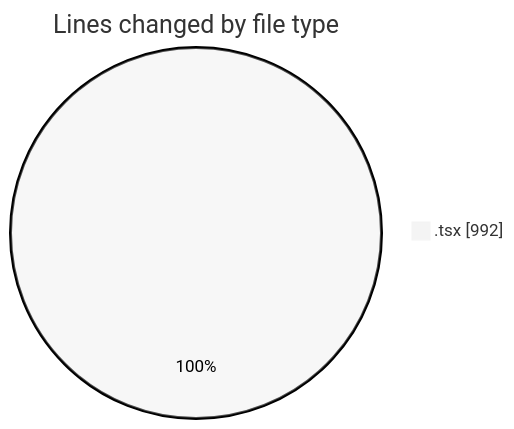
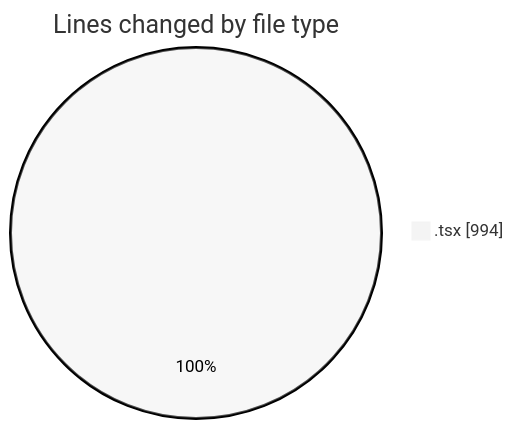
One commit to momahboobian/code-tracking changed the first of 2 diagrams in 2026-11-11/cda/README.md. Above: the diagram before and after it, drawn with Mermaid (neutral theme). The commit also changed other lines of this file and 1 other file, not shown here.

````diff
--- a/2026-11-11/cda/README.md
+++ b/2026-11-11/cda/README.md
@@ -23,5 +23,5 @@
 ```mermaid
 pie showData
 title Lines changed by file type
-".tsx" : 992
+".tsx" : 994
 ```
````
